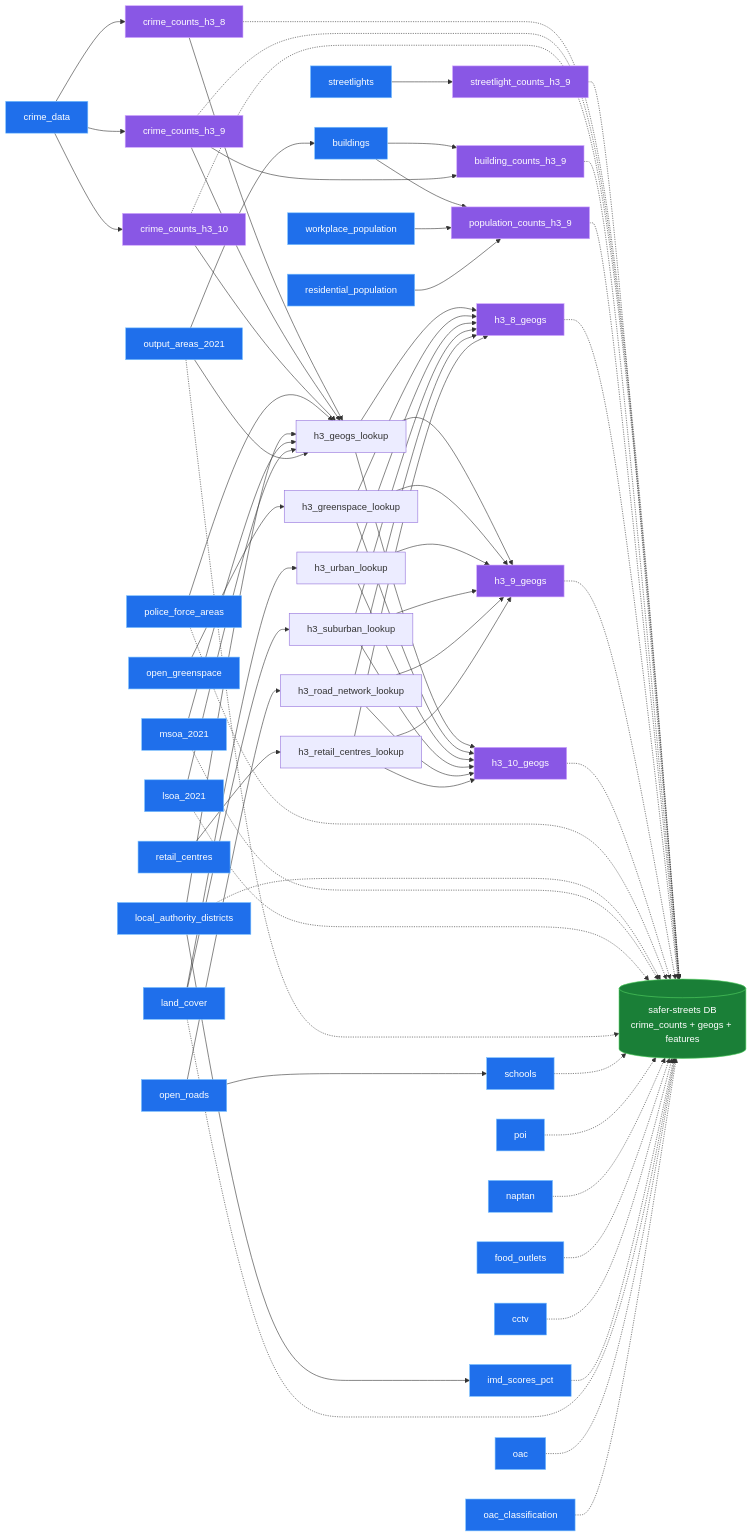
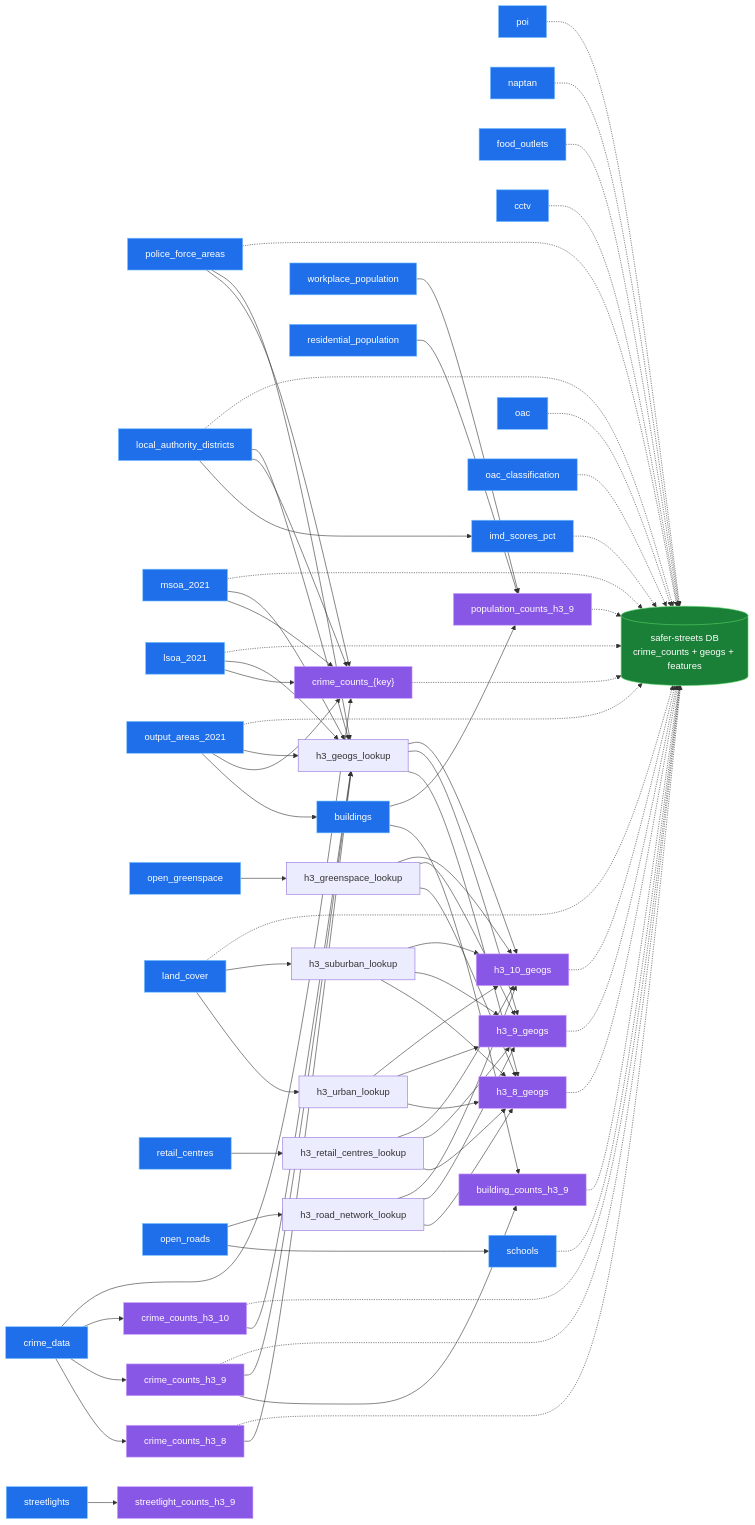
One commit to safer-streets/safer-streets-tooling changed the diagram in README.md. Above: the diagram before and after it, drawn with Mermaid. The commit also changed other lines of this file and 8 other files, not shown here.

First line of the commit message:
Add per-ONS-geography crime counts (crime_counts_{key}) (#17)

````diff
--- a/README.md
+++ b/README.md
@@ -71,6 +78,7 @@
    crime_counts_h3_8
    crime_counts_h3_9
    crime_counts_h3_10
+   crime_counts_geog["crime_counts_{key}"]
    streetlight_counts_h3_9
    building_counts_h3_9
    population_counts_h3_9
@@ -96,6 +104,12 @@
     crime_data --> crime_counts_h3_8
     crime_data --> crime_counts_h3_9
     crime_data --> crime_counts_h3_10
+    crime_data --> crime_counts_geog
+    police_force_areas --> crime_counts_geog
+    local_authority_districts --> crime_counts_geog
+    msoa_2021 --> crime_counts_geog
+    lsoa_2021 --> crime_counts_geog
+    output_areas_2021 --> crime_counts_geog
     streetlights --> streetlight_counts_h3_9
     buildings --> building_counts_h3_9
     crime_counts_h3_9 --> building_counts_h3_9
@@ -138,7 +152,7 @@
     crime_counts_h3_8 -.-> database
     crime_counts_h3_9 -.-> database
     crime_counts_h3_10 -.-> database
-    streetlight_counts_h3_9 -.-> database
+    crime_counts_geog -.-> database
     building_counts_h3_9 -.-> database
     population_counts_h3_9 -.-> database
     h3_8_geogs -.-> database
@@ -164,6 +178,6 @@
     classDef transform fill:#8957e5,stroke:#d2a8ff,stroke-width:1px,color:#ffffff;
     classDef load fill:#1a7f37,stroke:#56d364,stroke-width:1px,color:#ffffff;
     class crime_data,police_force_areas,local_authority_districts,msoa_2021,lsoa_2021,output_areas_2021,open_greenspace,land_cover,buildings,retail_centres,open_roads,poi,naptan,food_outlets,streetlights,cctv,schools,imd_scores_pct,oac,oac_classification,workplace_population,residential_population extract;
-    class crime_counts_h3_8,crime_counts_h3_9,crime_counts_h3_10,streetlight_counts_h3_9,building_counts_h3_9,population_counts_h3_9,h3_8_geogs,h3_9_geogs,h3_10_geogs transform;
+    class crime_counts_h3_8,crime_counts_h3_9,crime_counts_h3_10,crime_counts_geog,streetlight_counts_h3_9,building_counts_h3_9,population_counts_h3_9,h3_8_geogs,h3_9_geogs,h3_10_geogs transform;
     class database load;
 ```
````
